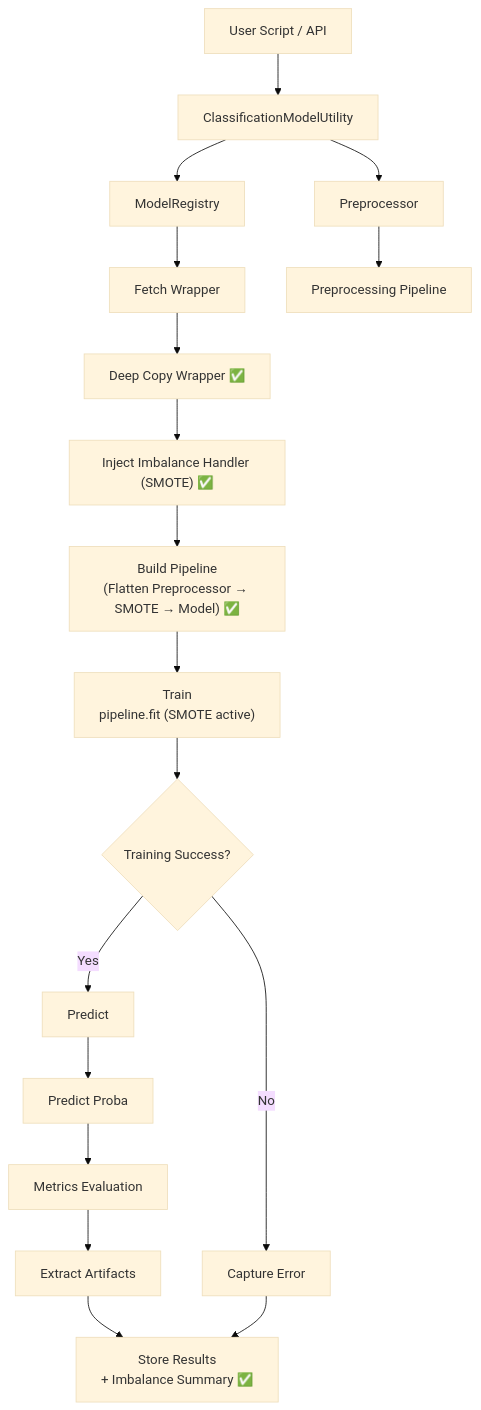
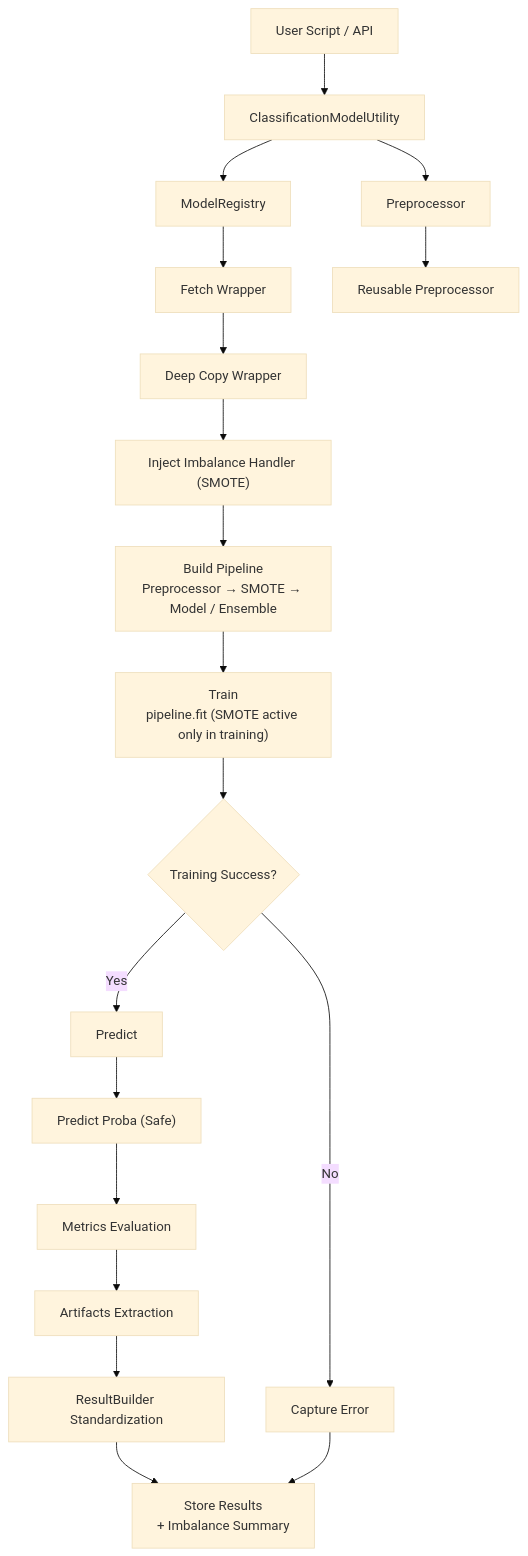
One commit to abhinavssingh/python-learnings changed the second of 6 diagrams in lib/utility/machinelearning/README.md. Above: the diagram before and after it, drawn with Mermaid (base theme). The commit also changed other lines of this file and 13 other files, not shown here.

````diff
--- a/lib/utility/machinelearning/README.md
+++ b/lib/utility/machinelearning/README.md
@@ -44,34 +55,36 @@
 ```mermaid
 flowchart TD
 
     A[User Script / API] --> B[ClassificationModelUtility]
 
     B --> C[ModelRegistry]
     B --> D[Preprocessor]
 
     C --> E[Fetch Wrapper]
-    E --> F[Deep Copy Wrapper ✅]
+    E --> F[Deep Copy Wrapper]
 
-    D --> G[Preprocessing Pipeline]
+    D --> G[Reusable Preprocessor]
 
-    F --> H["Inject Imbalance Handler (SMOTE) ✅"]
+    F --> H["Inject Imbalance Handler (SMOTE)"]
 
-    H --> I["Build Pipeline<br/>(Flatten Preprocessor → SMOTE → Model) ✅"]
+    H --> I["Build Pipeline<br/>Preprocessor → SMOTE → Model / Ensemble"]
 
-    I --> J["Train<br/>pipeline.fit (SMOTE active)"]
+    I --> J["Train<br/>pipeline.fit (SMOTE active only in training)"]
 
     J --> K{Training Success?}
 
     K -->|Yes| L[Predict]
     K -->|No| Z[Capture Error]
 
-    L --> M[Predict Proba]
+    L --> M["Predict Proba (Safe)"]
 
     M --> N[Metrics Evaluation]
 
-    N --> O[Extract Artifacts]
+    N --> O[Artifacts Extraction]
 
-    O --> P["Store Results<br/>+ Imbalance Summary ✅"]
+    O --> P[ResultBuilder Standardization]
 
-    Z --> P
+    P --> Q["Store Results<br/>+ Imbalance Summary"]
+
+    Z --> Q
 ```
````
